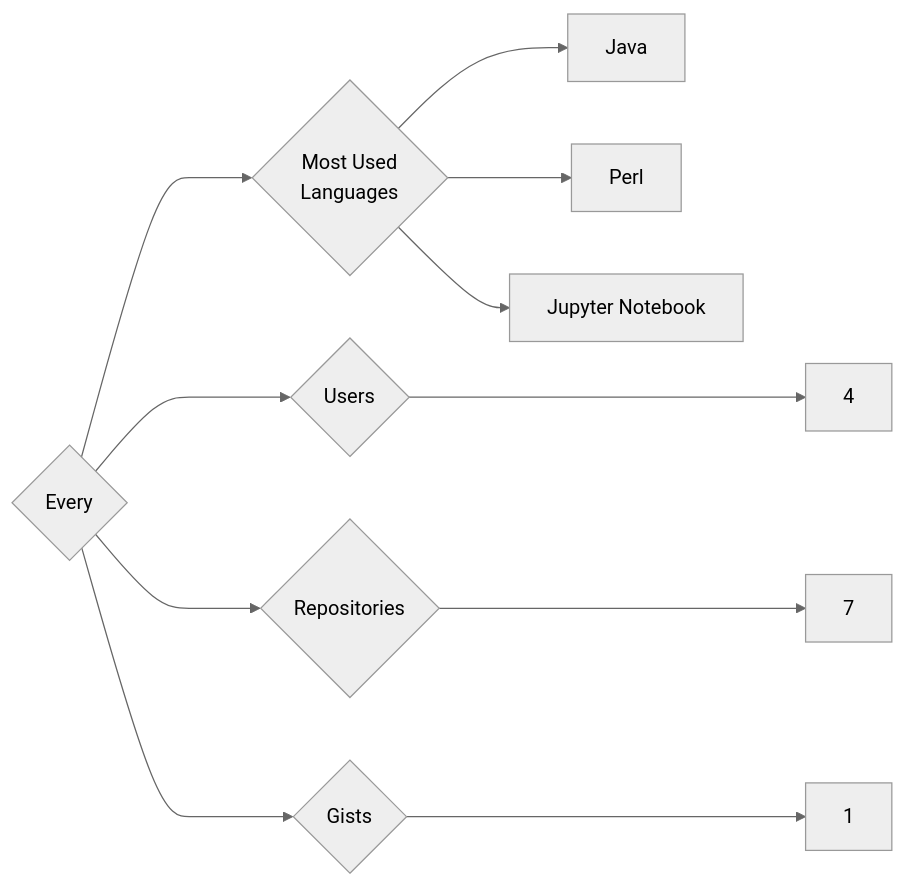
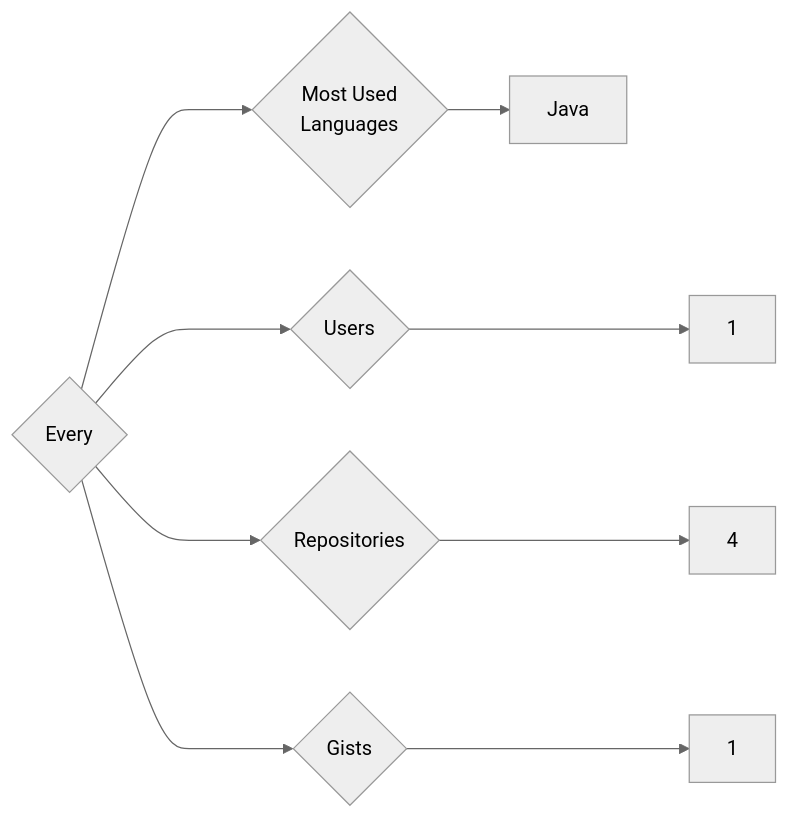
One commit to trickest/insiders changed the diagram in targets/Every/README.md. Above: the diagram before and after it, drawn with Mermaid (neutral theme). The commit also changed 640 other files, not shown here.

````diff
--- a/targets/Every/README.md
+++ b/targets/Every/README.md
@@ -3,11 +3,9 @@
 ```mermaid
 graph LR
 COMPANY_NAME{Every}
-COMPANY_NAME ---> U{Users} ---> UN[4]
-COMPANY_NAME ---> R{Repositories} ---> RN[7]
+COMPANY_NAME ---> U{Users} ---> UN[1]
+COMPANY_NAME ---> R{Repositories} ---> RN[4]
 COMPANY_NAME ---> G{Gists} ---> GN[1]
 COMPANY_NAME ---> ML{Most Used<br>Languages}
 ML --> Java[Java]
-ML --> Perl[Perl]
-ML --> Jupyter_Notebook[Jupyter Notebook]
 ```
````
